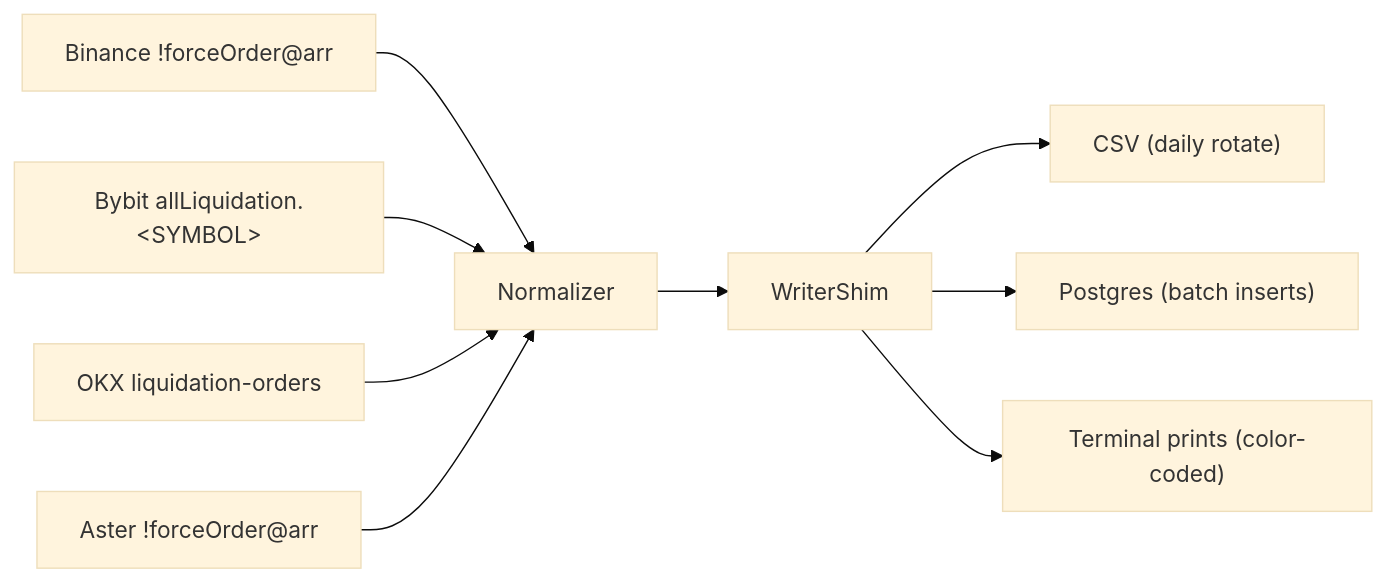
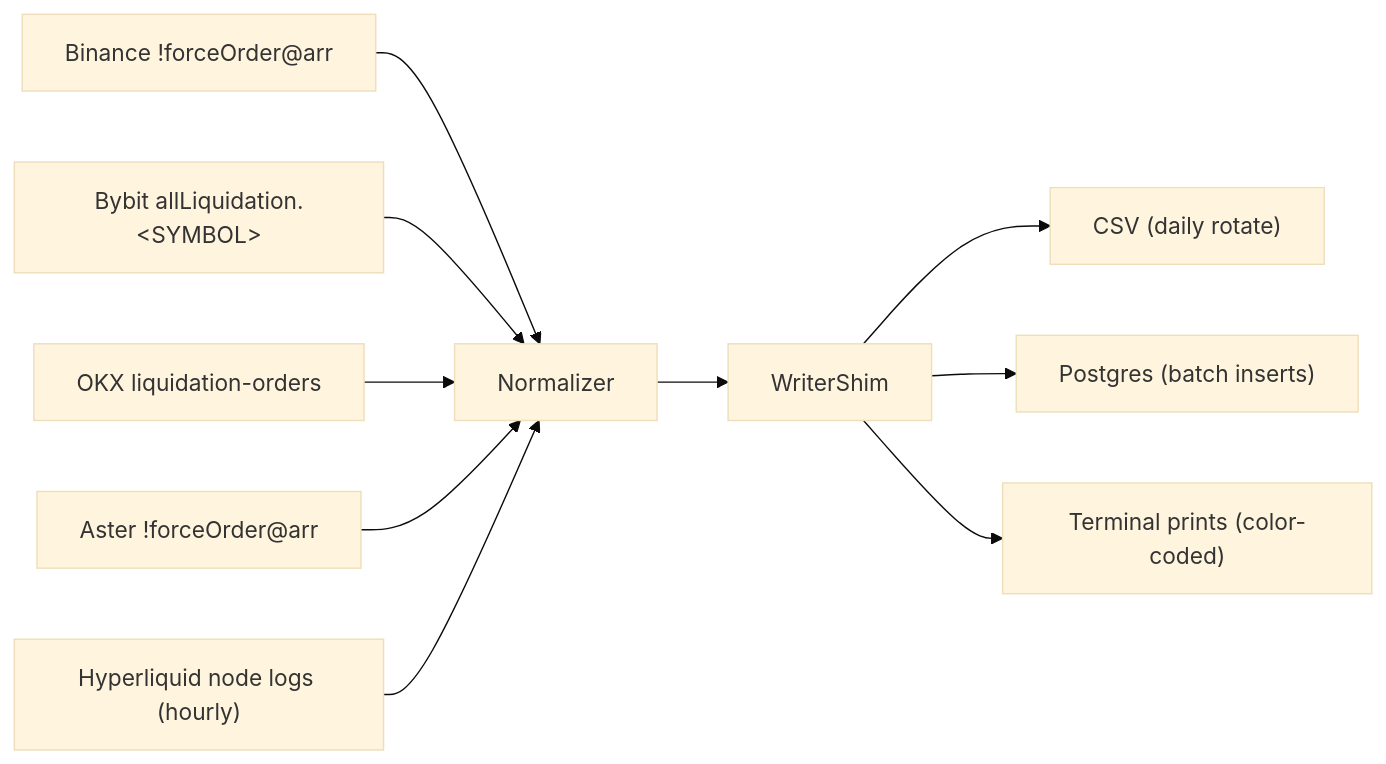
The second of 2 diagrams in README.md (liquidation-labs/liq-stream), drawn with Mermaid (base theme) before and after one commit. The commit also changed other lines of this file and 7 other files, not shown here.

````diff
--- a/README.md
+++ b/README.md
@@ -89,11 +111,12 @@
 ```mermaid
 flowchart LR
   A["Binance !forceOrder@arr"] --> N["Normalizer"]
   B["Bybit allLiquidation.&lt;SYMBOL&gt;"] --> N
   C["OKX liquidation-orders"] --> N
   D["Aster !forceOrder@arr"] --> N
+  E["Hyperliquid node logs (hourly)"] --> N
   N --> W["WriterShim"]
   W --> F["CSV (daily rotate)"]
   W --> P["Postgres (batch inserts)"]
   W --> T["Terminal prints (color-coded)"]
 ```
````
